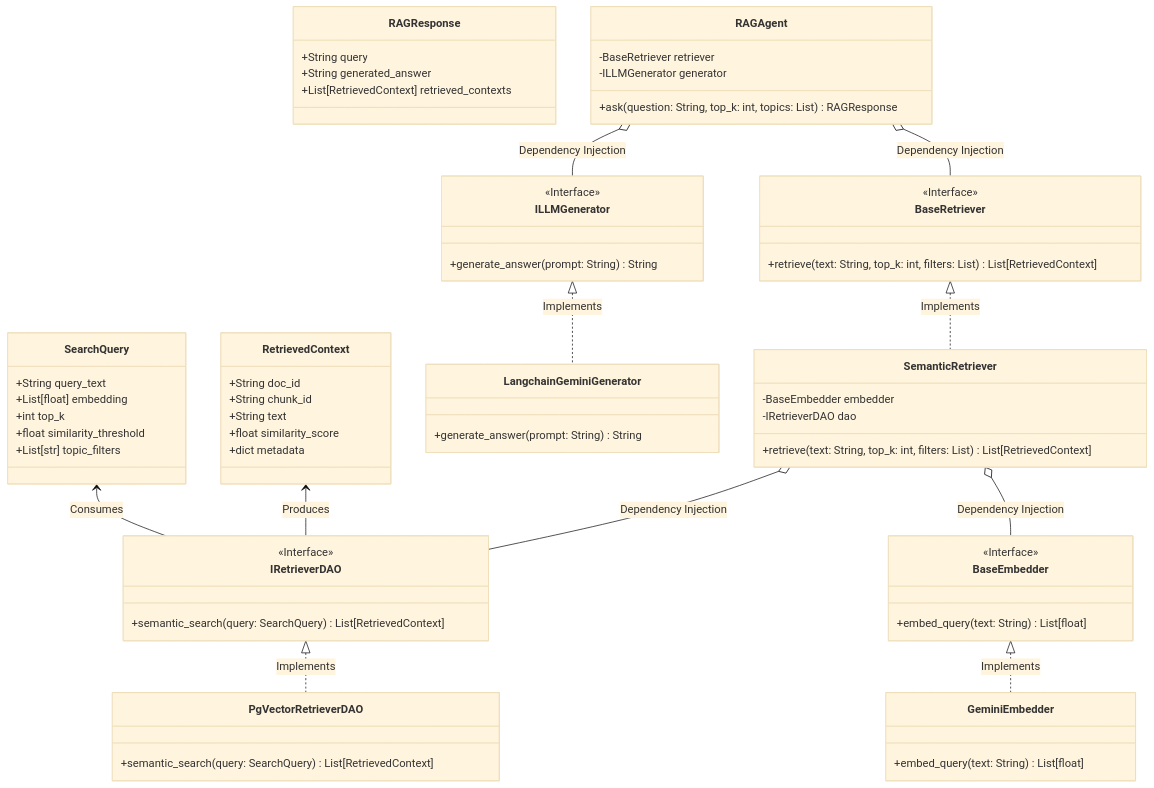
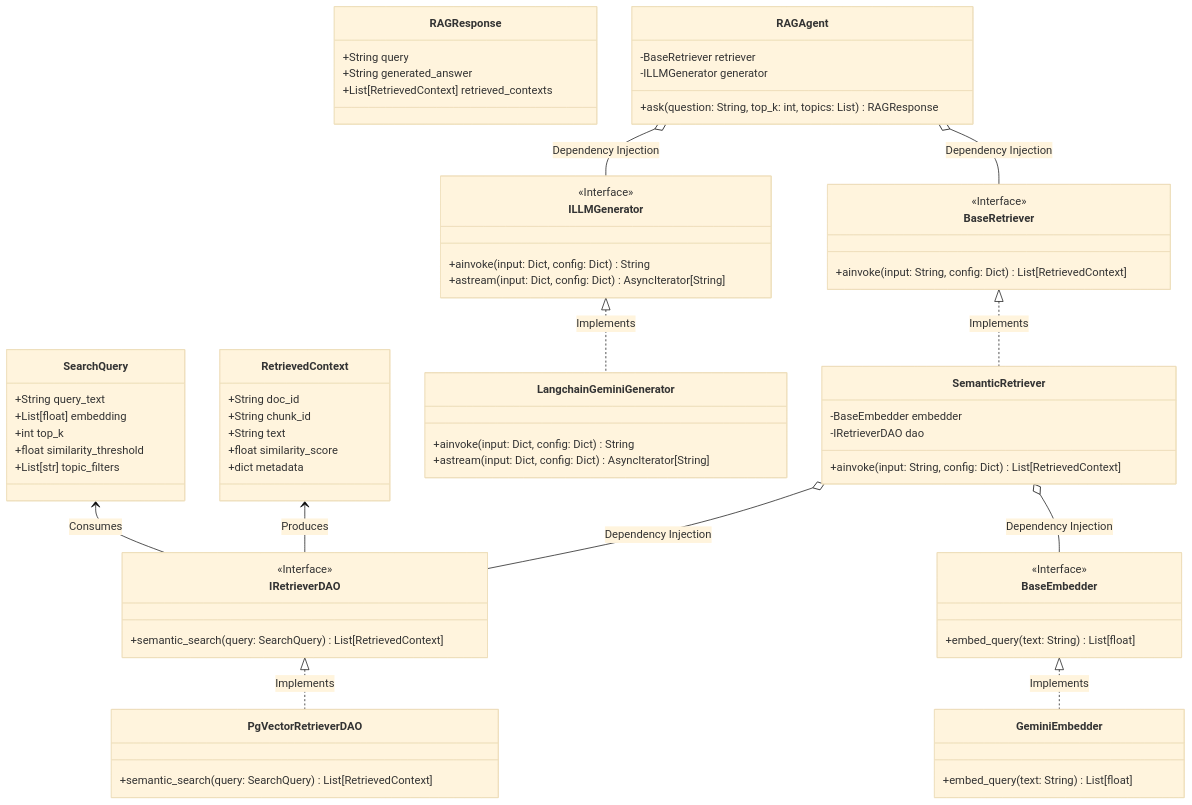
Before and after one commit to nvd11/automated-rag-evaluator: the first of 2 diagrams in docs/phase2_retriever_architecture.md, drawn with Mermaid (base theme). The commit also changed other lines of this file, not shown here.

Commit message:
docs(architecture): sync UML and sequence diagram with LCEL runnable methods (ainvoke, astream)

```diff
--- a/docs/phase2_retriever_architecture.md
+++ b/docs/phase2_retriever_architecture.md
@@ -42,12 +42,13 @@
     
     class ILLMGenerator {
         <<Interface>>
-        +generate_answer(prompt: String) String
+        +ainvoke(input: Dict, config: Dict) String
+        +astream(input: Dict, config: Dict) AsyncIterator[String]
     }
     
     class BaseRetriever {
         <<Interface>>
-        +retrieve(text: String, top_k: int, filters: List) List[RetrievedContext]
+        +ainvoke(input: String, config: Dict) List[RetrievedContext]
     }
 
     %% Implementations (Concrete Layer)
@@ -56,7 +57,8 @@
     }
     
     class LangchainGeminiGenerator {
-        +generate_answer(prompt: String) String
+        +ainvoke(input: Dict, config: Dict) String
+        +astream(input: Dict, config: Dict) AsyncIterator[String]
         %% Note: Uses LCEL (LangChain Expression Language)
     }
     
@@ -67,7 +69,7 @@
     class SemanticRetriever {
         -BaseEmbedder embedder
         -IRetrieverDAO dao
-        +retrieve(text: String, top_k: int, filters: List) List[RetrievedContext]
+        +ainvoke(input: String, config: Dict) List[RetrievedContext]
     }
 
     class RAGResponse {
```
